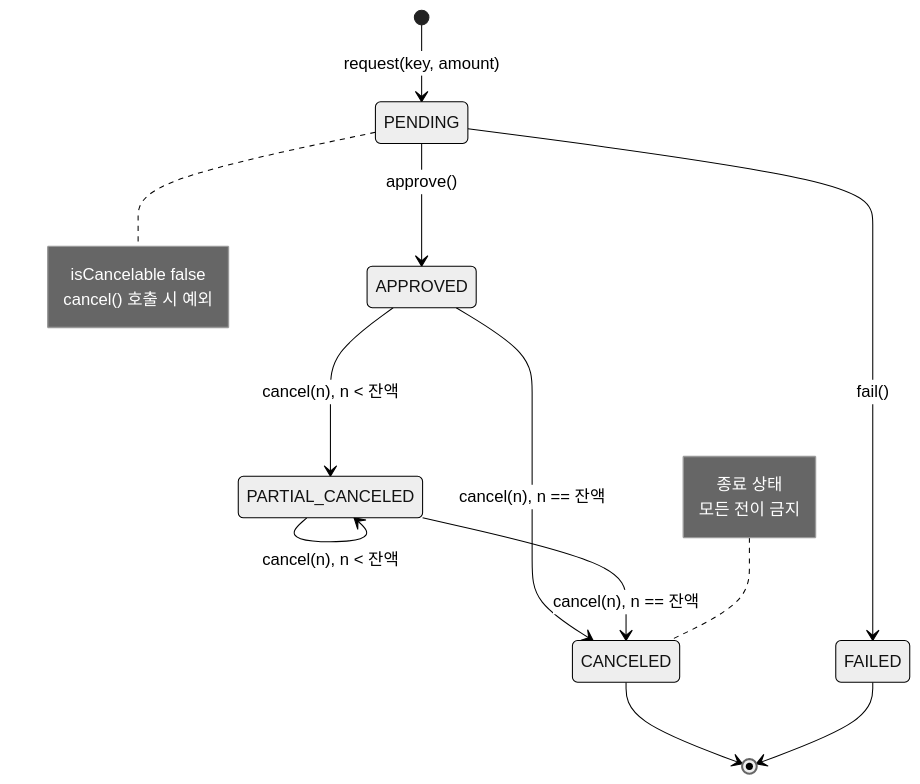
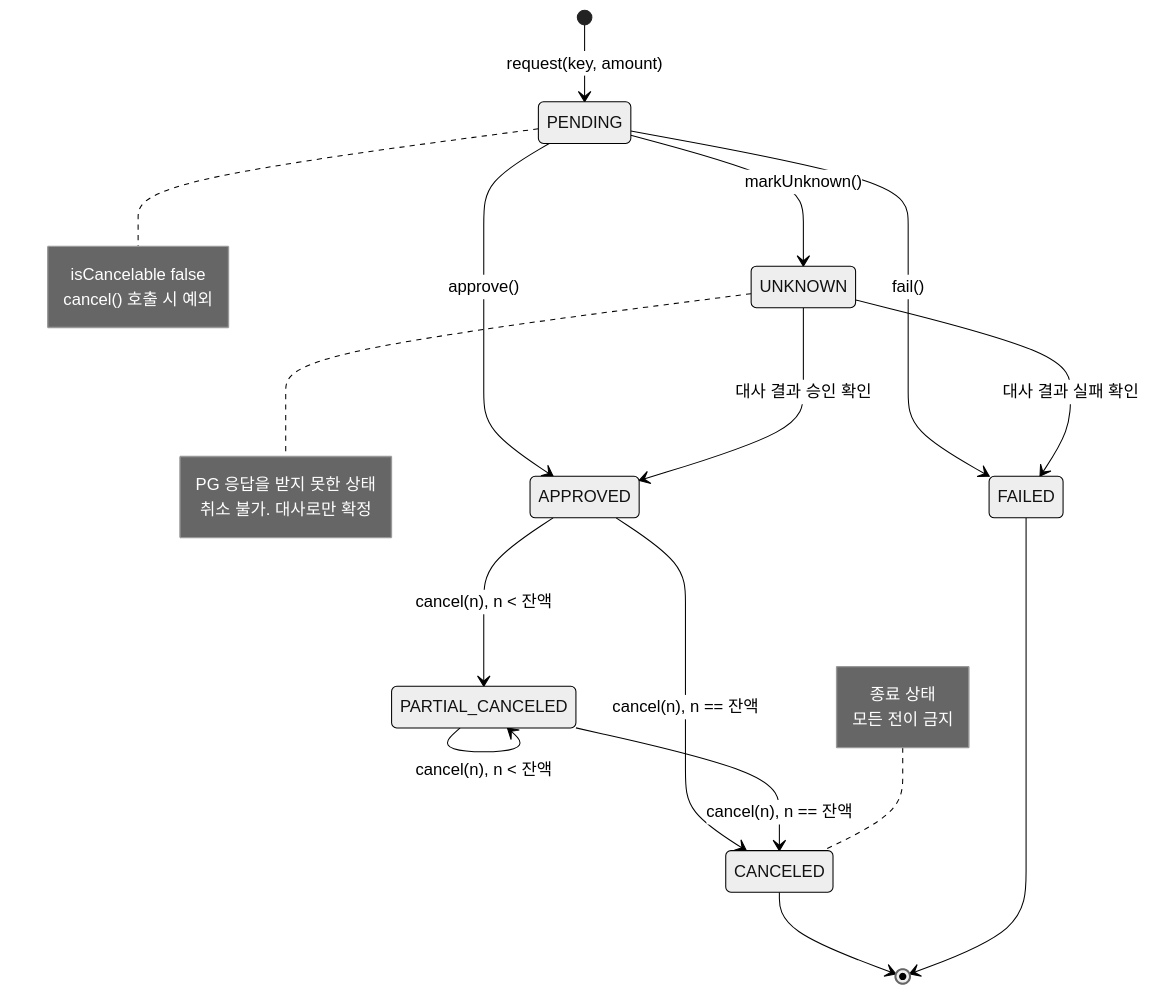
Before and after one commit to hae-gun/payment-api: the diagram in docs/state-machine.md, drawn with Mermaid (neutral theme). The commit also changed other lines of this file, not shown here.

Commit message:
docs: 상태 다이어그램에 UNKNOWN 반영

````diff
--- a/docs/state-machine.md
+++ b/docs/state-machine.md
@@ -8,26 +8,36 @@
 ```mermaid
 stateDiagram-v2
     [*] --> PENDING: request(key, amount)
 
     PENDING --> APPROVED: approve()
     PENDING --> FAILED: fail()
 
     APPROVED --> PARTIAL_CANCELED: cancel(n), n < 잔액
     APPROVED --> CANCELED: cancel(n), n == 잔액
 
     PARTIAL_CANCELED --> PARTIAL_CANCELED: cancel(n), n < 잔액
     PARTIAL_CANCELED --> CANCELED: cancel(n), n == 잔액
 
     CANCELED --> [*]
     FAILED --> [*]
+    
+    PENDING --> UNKNOWN: markUnknown()
+
+    UNKNOWN --> APPROVED: 대사 결과 승인 확인
+    UNKNOWN --> FAILED: 대사 결과 실패 확인
 
     note right of PENDING
         isCancelable false
         cancel() 호출 시 예외
     end note
 
     note left of CANCELED
         종료 상태
         모든 전이 금지
     end note
+    
+    note right of UNKNOWN
+        PG 응답을 받지 못한 상태
+        취소 불가. 대사로만 확정
+    end note
 ```
````
